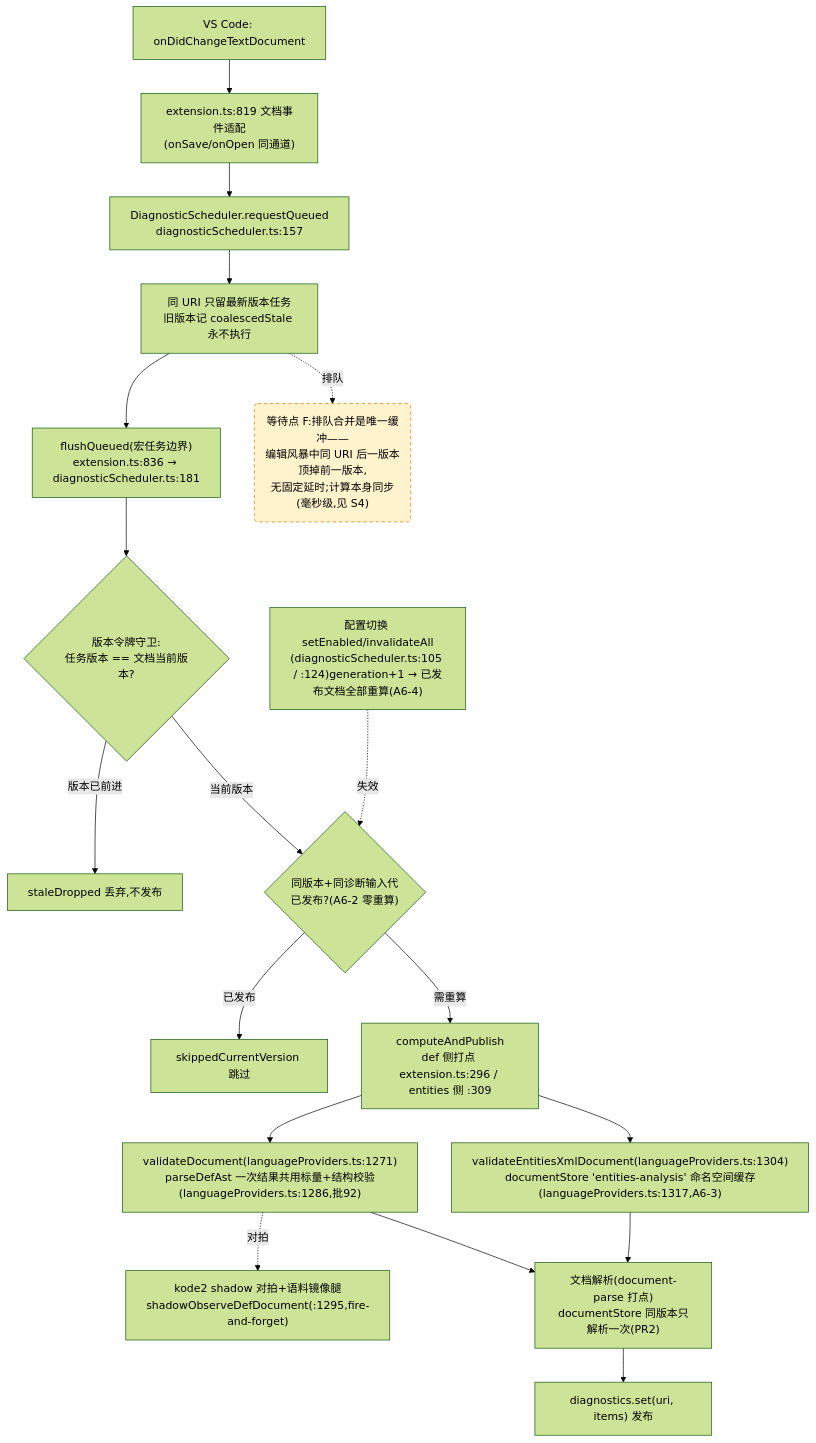
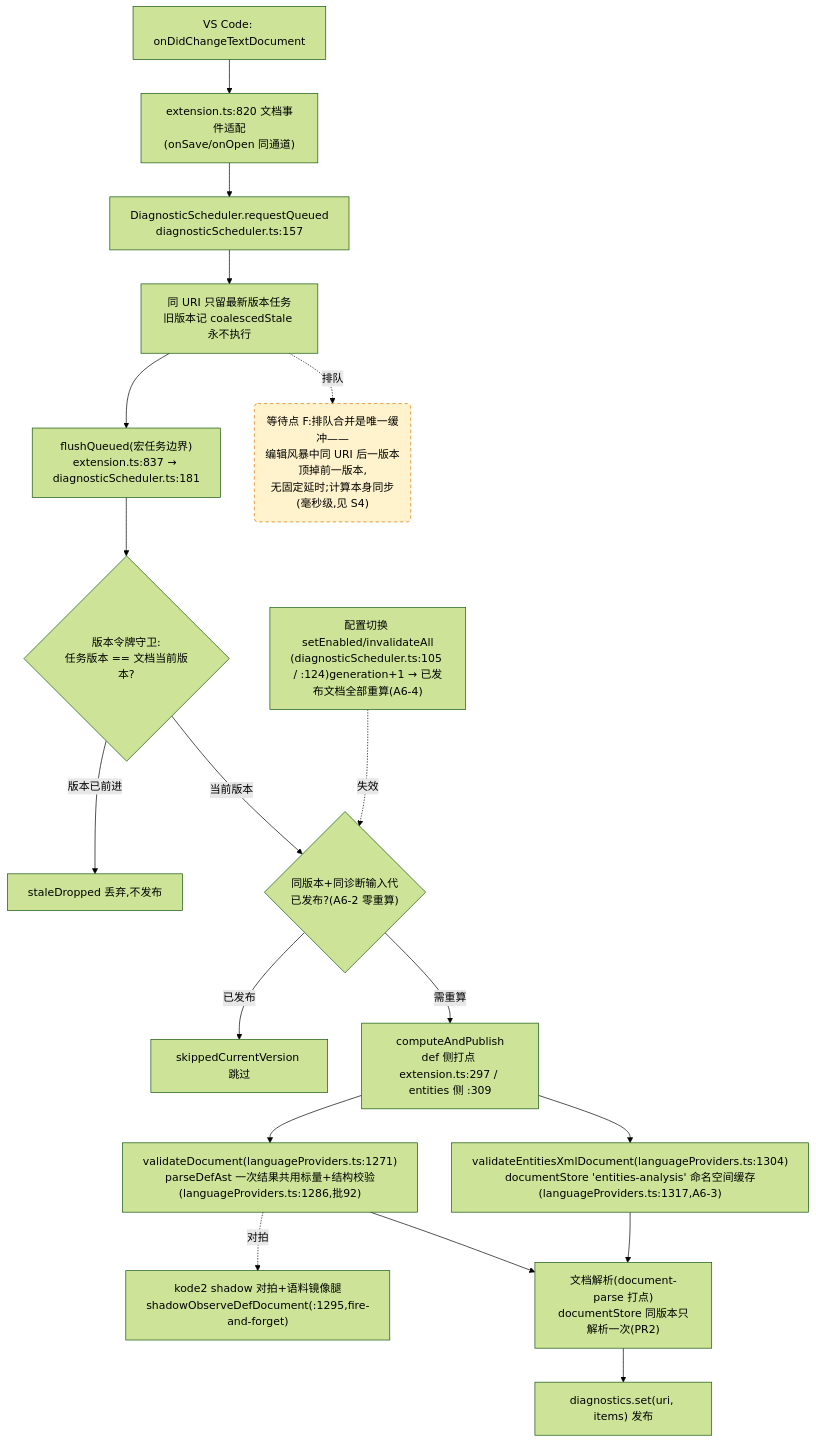
The fourth of 4 diagrams in docs/perf/2026-baseline.md (cuihairu/kode), drawn with Mermaid (forest theme) before and after one commit. The commit also changed other lines of this file and 13 other files, not shown here.

````diff
--- a/docs/perf/2026-baseline.md
+++ b/docs/perf/2026-baseline.md
@@ -212,38 +212,38 @@
 ```mermaid
 flowchart TD
   CHG["VS Code: onDidChangeTextDocument"]
-  WATCH["extension.ts:819 文档事件适配<br/>(onSave/onOpen 同通道)"]
+  WATCH["extension.ts:820 文档事件适配<br/>(onSave/onOpen 同通道)"]
   RQ["DiagnosticScheduler.requestQueued<br/>diagnosticScheduler.ts:157"]
   CO["同 URI 只留最新版本任务<br/>旧版本记 coalescedStale 永不执行"]
-  FL["flushQueued(宏任务边界)<br/>extension.ts:836 → diagnosticScheduler.ts:181"]
+  FL["flushQueued(宏任务边界)<br/>extension.ts:837 → diagnosticScheduler.ts:181"]
   VG{"版本令牌守卫:<br/>任务版本 == 文档当前版本?"}
   DROP["staleDropped 丢弃,不发布"]
   GEN{"同版本+同诊断输入代<br/>已发布?(A6-2 零重算)"}
   SKIP["skippedCurrentVersion 跳过"]
-  CALC["computeAndPublish<br/>def 侧打点 extension.ts:296 / entities 侧 :309"]
+  CALC["computeAndPublish<br/>def 侧打点 extension.ts:297 / entities 侧 :309"]
   VD["validateDocument(languageProviders.ts:1271)<br/>parseDefAst 一次结果共用标量+结构校验(languageProviders.ts:1286,批92)"]
   VEX["validateEntitiesXmlDocument(languageProviders.ts:1304)<br/>documentStore 'entities-analysis' 命名空间缓存(languageProviders.ts:1317,A6-3)"]
   SHDD["kode2 shadow 对拍+语料镜像腿<br/>shadowObserveDefDocument(:1295,fire-and-forget)"]
   DS["文档解析(document-parse 打点)<br/>documentStore 同版本只解析一次(PR2)"]
   PUB["diagnostics.set(uri, items) 发布"]
   CFG2["配置切换 setEnabled/invalidateAll<br/>(diagnosticScheduler.ts:105 / :124)generation+1 → 已发布文档全部重算(A6-4)"]
 
   CHG --> WATCH --> RQ --> CO --> FL --> VG
   VG -- "版本已前进" --> DROP
   VG -- "当前版本" --> GEN
   GEN -- "已发布" --> SKIP
   GEN -- "需重算" --> CALC
   CALC --> VD
   CALC --> VEX
   VD --> DS
   VEX --> DS
   DS --> PUB
   VD -.->|对拍| SHDD
   CFG2 -.->|失效| GEN
 
   WAITF("等待点 F:排队合并是唯一缓冲——<br/>编辑风暴中同 URI 后一版本顶掉前一版本,<br/>无固定延时;计算本身同步(毫秒级,见 S4)")
   CO -.->|排队| WAITF
 
   classDef waitPoint fill:#fff3cd,stroke:#d97706,stroke-dasharray:5 4;
   class WAITF waitPoint;
 ```
````
